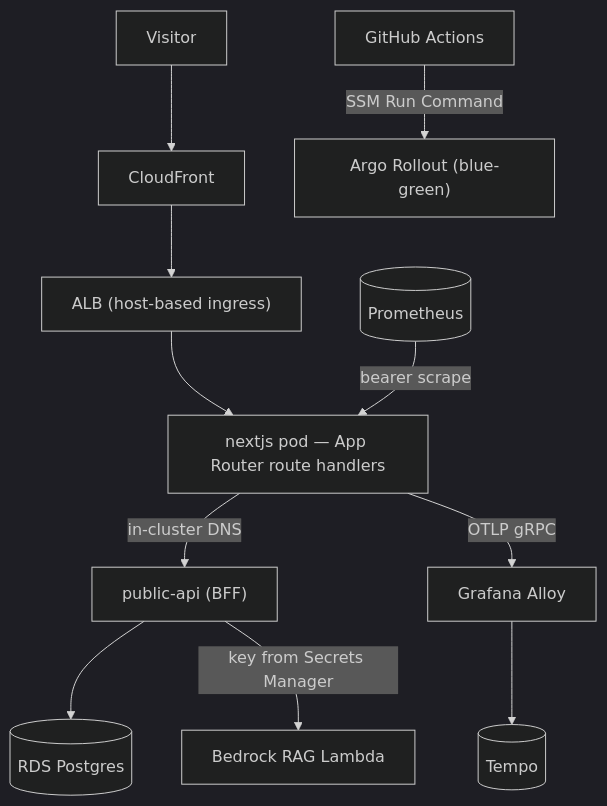
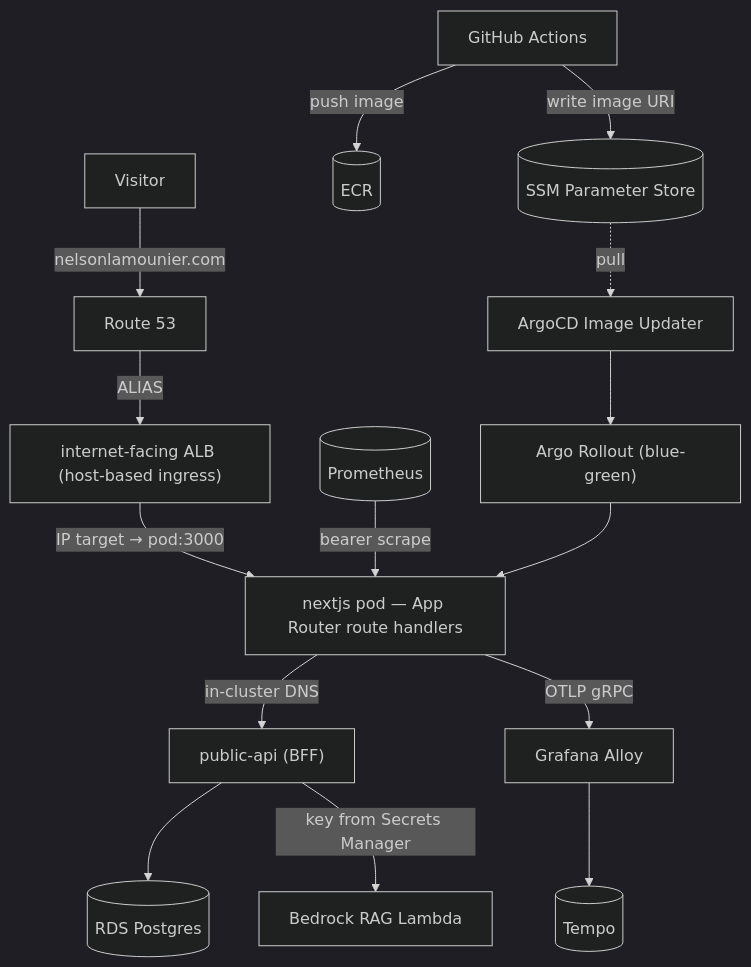
One commit to Nelson-Lamounier/frontend-portfolio changed the diagram in README.md. Above: the diagram before and after it, drawn with Mermaid (dark theme). The commit also changed other lines of this file and 22 other files, not shown here.

First line of the commit message:
docs: add architecture, chatbot, frontend and ops documentation suite

````diff
--- a/README.md
+++ b/README.md
@@ -28,12 +39,14 @@
 ```mermaid
 flowchart TD
-  User[Visitor] --> CF[CloudFront]
-  CF --> ALB["ALB (host-based ingress)"]
-  ALB --> Next["nextjs pod — App Router route handlers"]
+  User[Visitor] -->|nelsonlamounier.com| R53[Route 53]
+  R53 -->|ALIAS| ALB["internet-facing ALB (host-based ingress)"]
+  ALB -->|IP target → pod:3000| Next["nextjs pod — App Router route handlers"]
   Next -->|in-cluster DNS| BFF["public-api (BFF)"]
   BFF --> RDS[("RDS Postgres")]
   BFF -->|key from Secrets Manager| Bedrock["Bedrock RAG Lambda"]
   Next -->|OTLP gRPC| Alloy[Grafana Alloy] --> Tempo[(Tempo)]
   Prom[(Prometheus)] -->|bearer scrape| Next
-  GHA[GitHub Actions] -->|SSM Run Command| Rollout["Argo Rollout (blue-green)"]
+  GHA[GitHub Actions] -->|push image| ECR[(ECR)]
+  GHA -->|write image URI| SSM[(SSM Parameter Store)]
+  SSM -.->|pull| AICD["ArgoCD Image Updater"] --> Rollout["Argo Rollout (blue-green)"] --> Next
 ```
````
